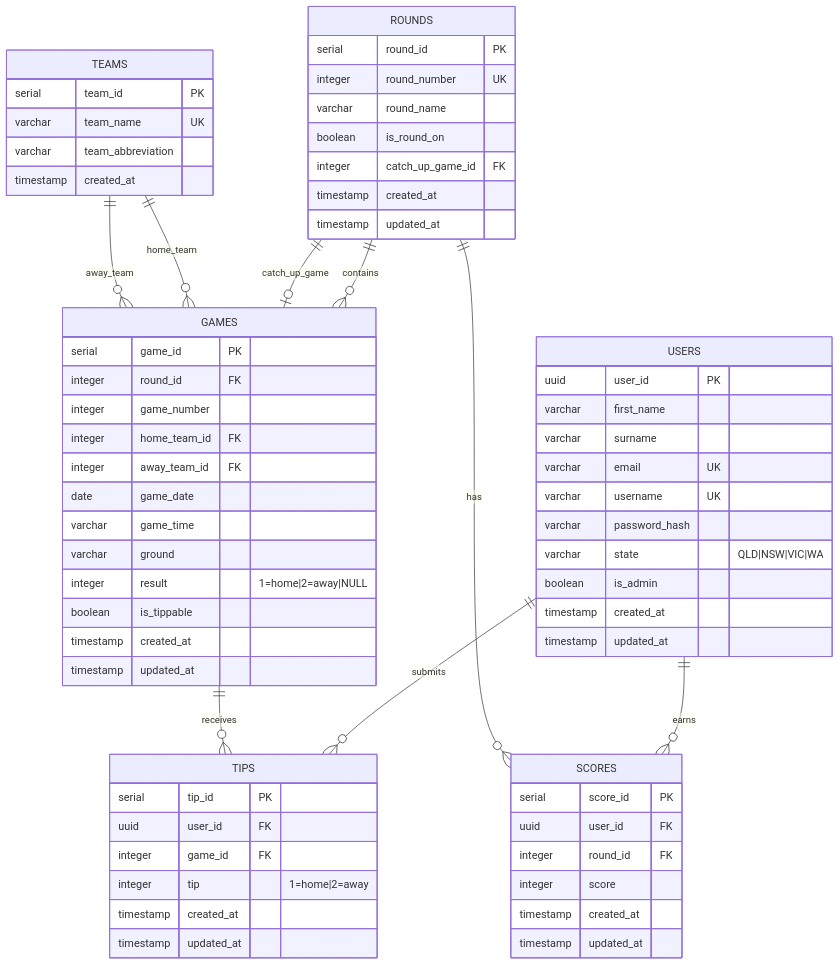
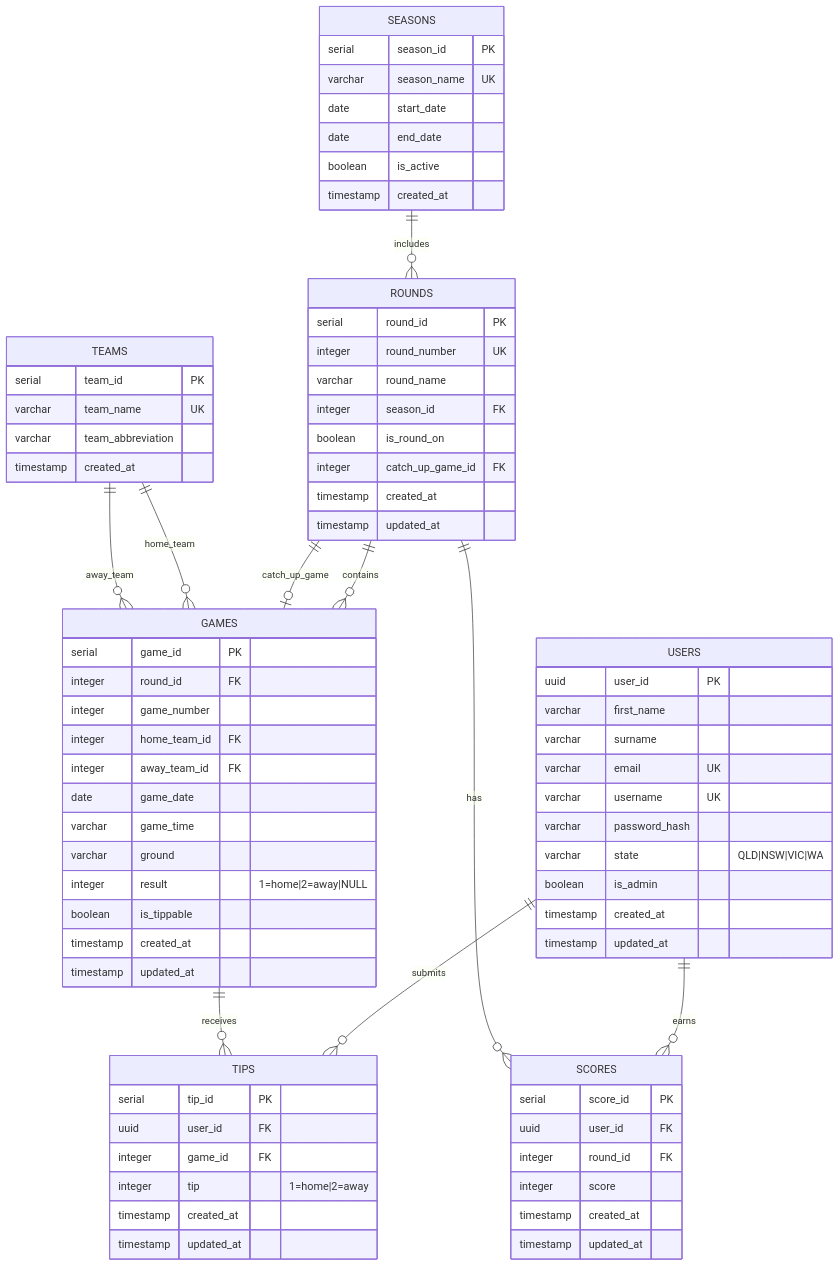
The diagram in database-plan/diagram.mermaid (AMM702/amm-footy-tipping), drawn with Mermaid before and after one commit. The commit also changed 1 other file, not shown here.

Commit message:
feat(schema): add seasons table and FK to rounds
- Introduced `seasons` table with name, date range, active flag and index
- Added `season_id` FK column to `rounds` for season-round linkage
- Updated ER diagram to include SEASONS entity and its relations
- Enables organising rounds and games into distinct seasons

```diff
--- a/database-plan/diagram.mermaid
+++ b/database-plan/diagram.mermaid
@@ -1,72 +1,83 @@
 erDiagram
     USERS ||--o{ TIPS : "submits"
     USERS ||--o{ SCORES : "earns"
     GAMES ||--o{ TIPS : "receives"
+    SEASONS ||--o{ ROUNDS : "includes"
     ROUNDS ||--o{ GAMES : "contains"
     ROUNDS ||--o{ SCORES : "has"
     ROUNDS ||--o| GAMES : "catch_up_game"
     TEAMS ||--o{ GAMES : "home_team"
     TEAMS ||--o{ GAMES : "away_team"
 
     USERS {
         uuid user_id PK
         varchar first_name
         varchar surname
         varchar email UK
         varchar username UK
         varchar password_hash
         varchar state "QLD|NSW|VIC|WA"
         boolean is_admin
         timestamp created_at
         timestamp updated_at
     }
 
     TEAMS {
         serial team_id PK
         varchar team_name UK
         varchar team_abbreviation
         timestamp created_at
     }
 
+    SEASONS {
+        serial season_id PK
+        varchar season_name UK
+        date start_date
+        date end_date
+        boolean is_active
+        timestamp created_at
+    }
+
     ROUNDS {
         serial round_id PK
         integer round_number UK
         varchar round_name
+        integer season_id FK
         boolean is_round_on
         integer catch_up_game_id FK
         timestamp created_at
         timestamp updated_at
     }
 
     GAMES {
         serial game_id PK
         integer round_id FK
         integer game_number
         integer home_team_id FK
         integer away_team_id FK
         date game_date
         varchar game_time
         varchar ground
         integer result "1=home|2=away|NULL"
         boolean is_tippable
         timestamp created_at
         timestamp updated_at
     }
 
     TIPS {
         serial tip_id PK
         uuid user_id FK
         integer game_id FK
         integer tip "1=home|2=away"
         timestamp created_at
         timestamp updated_at
     }
 
     SCORES {
         serial score_id PK
         uuid user_id FK
         integer round_id FK
         integer score
         timestamp created_at
         timestamp updated_at
     }
```
